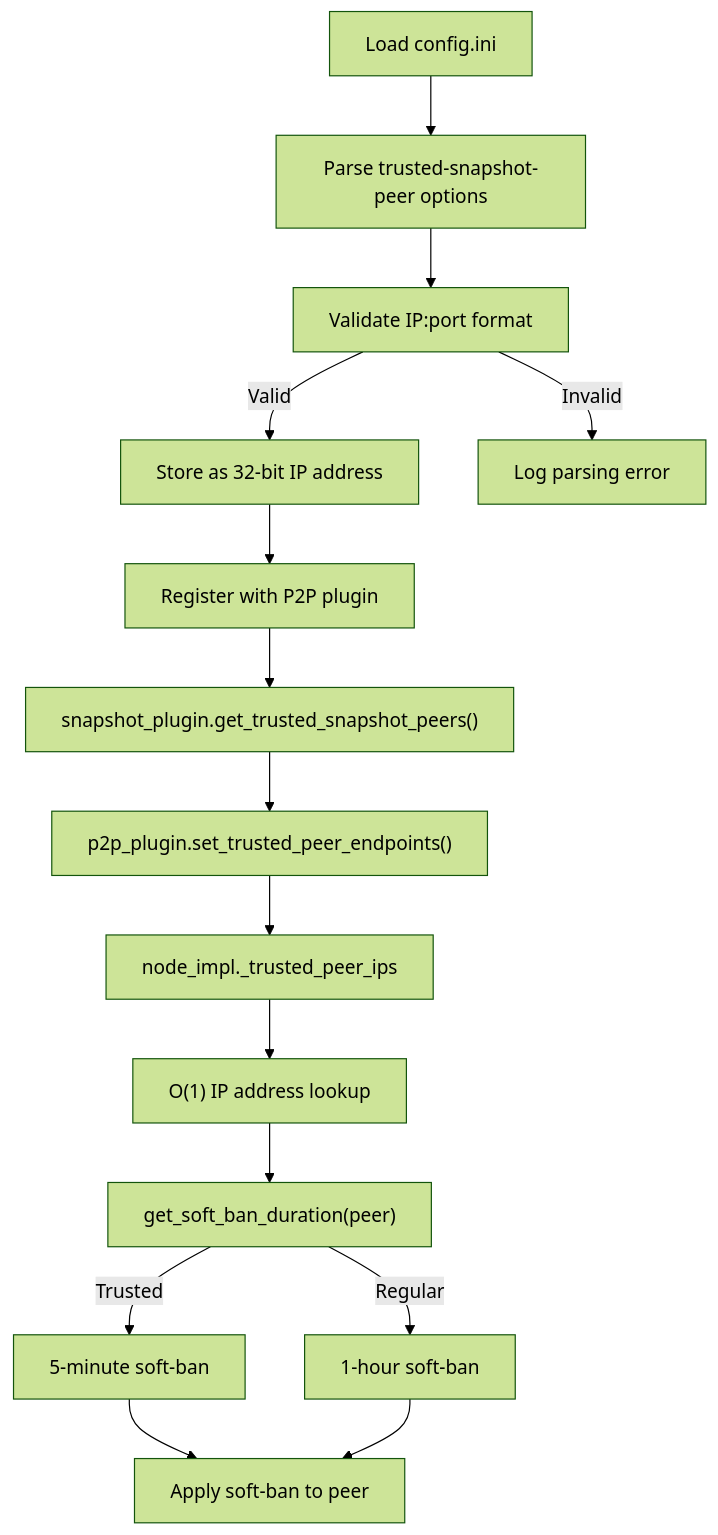
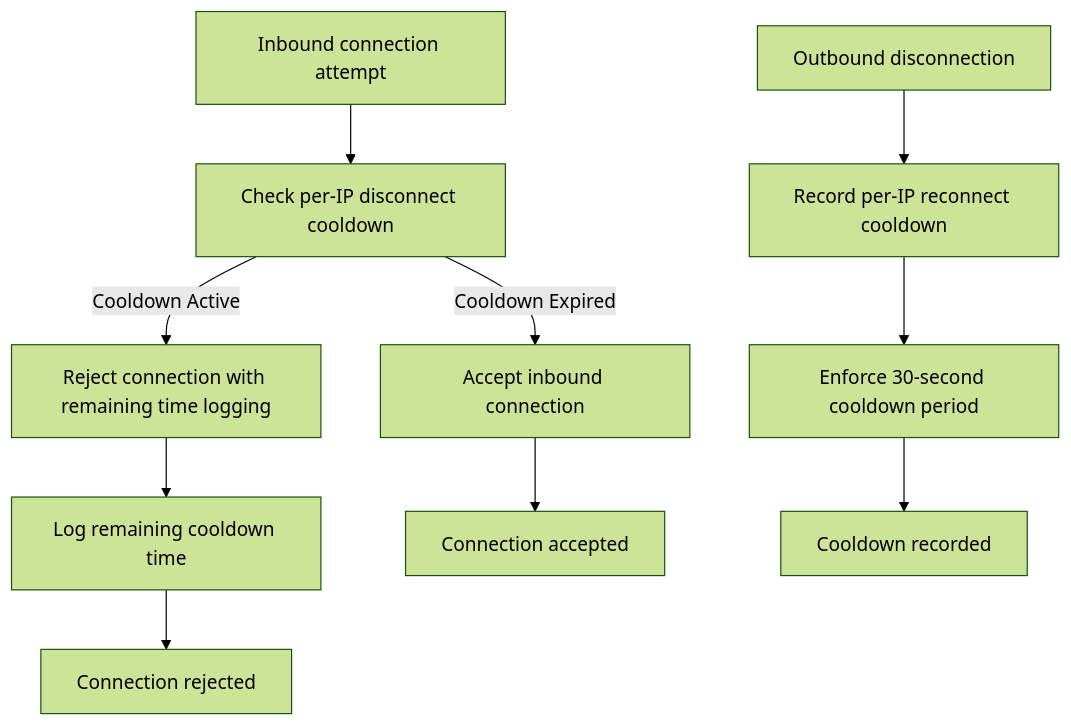
The tenth of 13 diagrams in .qoder/repowiki/en/content/Architecture Overview/Core Libraries/Network Library/Peer Connection Management.md (VIZ-Blockchain/viz-cpp-node), drawn with Mermaid (forest theme) before and after one commit. The commit also changed other lines of this file and 9 other files, not shown here.

````diff
--- a/.qoder/repowiki/en/content/Architecture Overview/Core Libraries/Network Library/Peer Connection Management.md
+++ b/.qoder/repowiki/en/content/Architecture Overview/Core Libraries/Network Library/Peer Connection Management.md
@@ -555,17 +559,12 @@
 ```mermaid
 flowchart TD
-ConfigLoad["Load config.ini"] --> ParseTrusted["Parse trusted-snapshot-peer options"]
-ParseTrusted --> ValidateIP["Validate IP:port format"]
-ValidateIP --> |Valid| StoreIP["Store as 32-bit IP address"]
-ValidateIP --> |Invalid| LogError["Log parsing error"]
-StoreIP --> RegisterP2P["Register with P2P plugin"]
-RegisterP2P --> SnapshotPlugin["snapshot_plugin.get_trusted_snapshot_peers()"]
-SnapshotPlugin --> P2PRegistration["p2p_plugin.set_trusted_peer_endpoints()"]
-P2PRegistration --> NodeManager["node_impl._trusted_peer_ips"]
-NodeManager --> Lookup["O(1) IP address lookup"]
-Lookup --> SoftBanCalc["get_soft_ban_duration(peer)"]
-SoftBanCalc --> |Trusted| FiveMin["5-minute soft-ban"]
-SoftBanCalc --> |Regular| OneHour["1-hour soft-ban"]
-FiveMin --> ApplyBan["Apply soft-ban to peer"]
-OneHour --> ApplyBan
+InboundConn["Inbound connection attempt"] --> CheckCooldown["Check per-IP disconnect cooldown"]
+CheckCooldown --> |Cooldown Active| RejectConn["Reject connection with remaining time logging"]
+CheckCooldown --> |Cooldown Expired| AcceptConn["Accept inbound connection"]
+RejectConn --> LogCooldown["Log remaining cooldown time"]
+LogCooldown --> End1["Connection rejected"]
+AcceptConn --> End2["Connection accepted"]
+OutboundDisconn["Outbound disconnection"] --> RecordCooldown["Record per-IP reconnect cooldown"]
+RecordCooldown --> EnforceCooldown["Enforce 30-second cooldown period"]
+EnforceCooldown --> End3["Cooldown recorded"]
 ```
````
